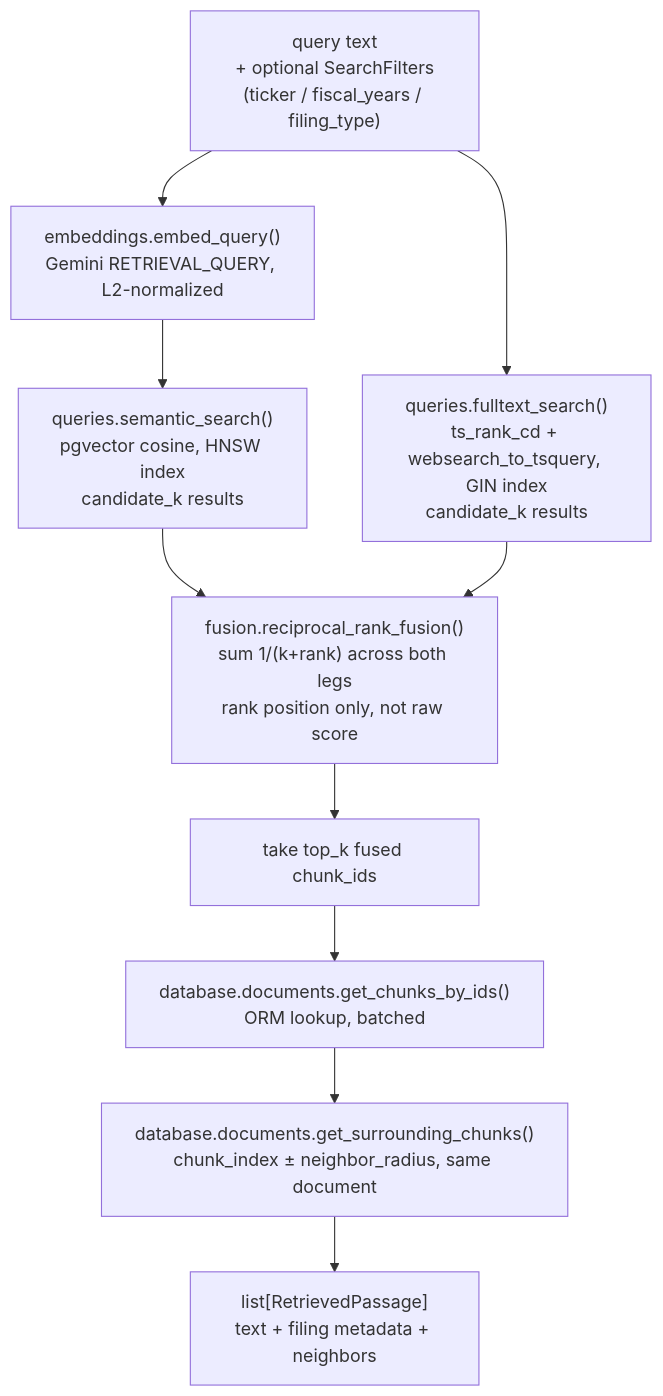
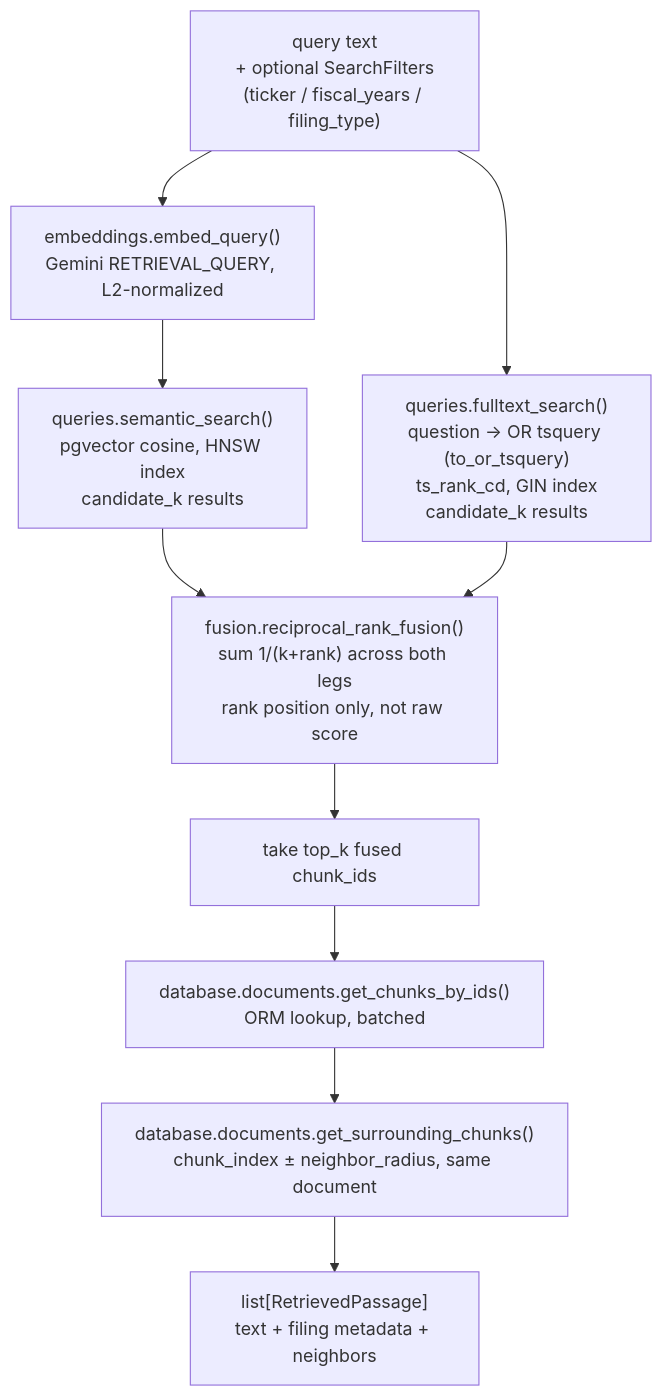
Before and after one commit to Helios-snd/Second_Brain: the diagram in backend/app/retrieval/README.md, drawn with Mermaid. The commit also changed other lines of this file and 4 other files, not shown here.

Commit message:
1. FTS fix — queries.py, its tests, retrieval/README.md 2. Phase 6 polish — instructions.md (inline-marker + insufficient-evidence rules), smoke_answer.py (Windows console fixes), test_agent_integration.py (assertion fix) 3. New — assistant/README.md

````diff
--- a/backend/app/retrieval/README.md
+++ b/backend/app/retrieval/README.md
@@ -14,17 +14,17 @@
 ```mermaid
 flowchart TD
     Q["query text<br/>+ optional SearchFilters<br/>(ticker / fiscal_years / filing_type)"]
 
     Q --> EMB["embeddings.embed_query()<br/>Gemini RETRIEVAL_QUERY, L2-normalized"]
 
     EMB --> SEM["queries.semantic_search()<br/>pgvector cosine, HNSW index<br/>candidate_k results"]
-    Q --> FTS["queries.fulltext_search()<br/>ts_rank_cd + websearch_to_tsquery, GIN index<br/>candidate_k results"]
+    Q --> FTS["queries.fulltext_search()<br/>question → OR tsquery (to_or_tsquery)<br/>ts_rank_cd, GIN index<br/>candidate_k results"]
 
     SEM --> RRF["fusion.reciprocal_rank_fusion()<br/>sum 1/(k+rank) across both legs<br/>rank position only, not raw score"]
     FTS --> RRF
 
     RRF --> TOPK["take top_k fused chunk_ids"]
     TOPK --> HYDRATE["database.documents.get_chunks_by_ids()<br/>ORM lookup, batched"]
     HYDRATE --> NEIGHBORS["database.documents.get_surrounding_chunks()<br/>chunk_index ± neighbor_radius, same document"]
     NEIGHBORS --> OUT["list[RetrievedPassage]<br/>text + filing metadata + neighbors"]
 ```
````
